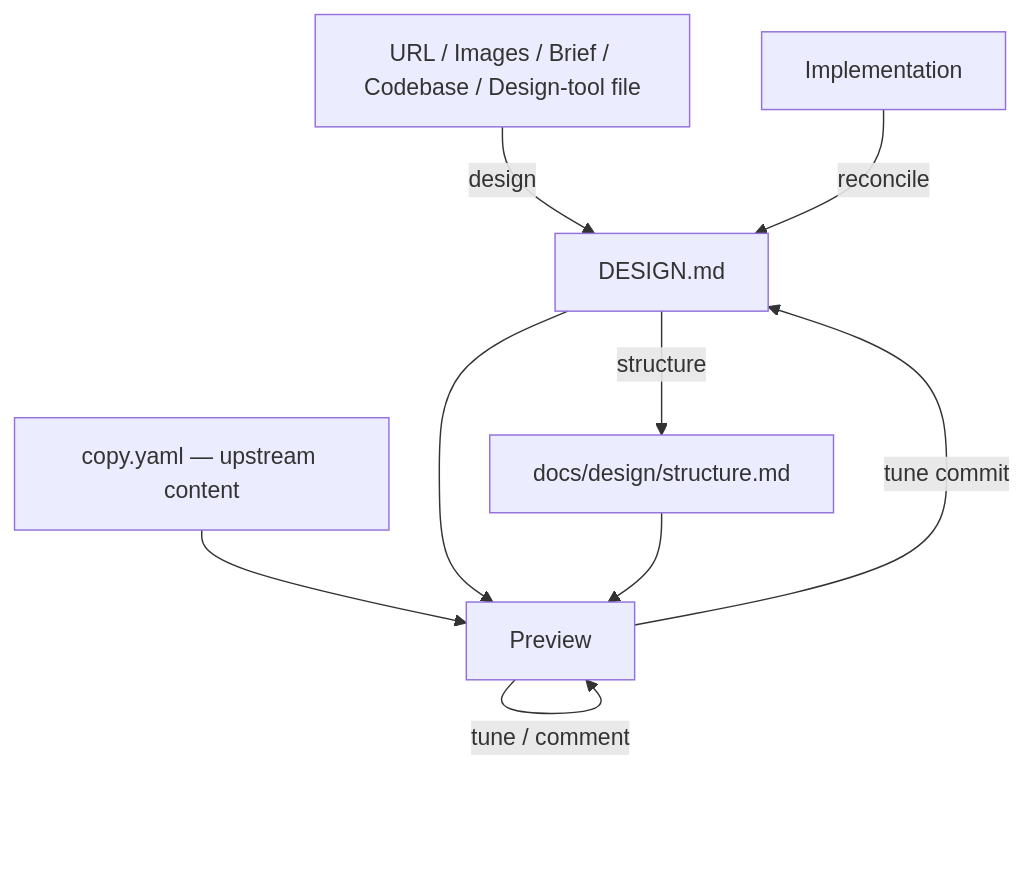
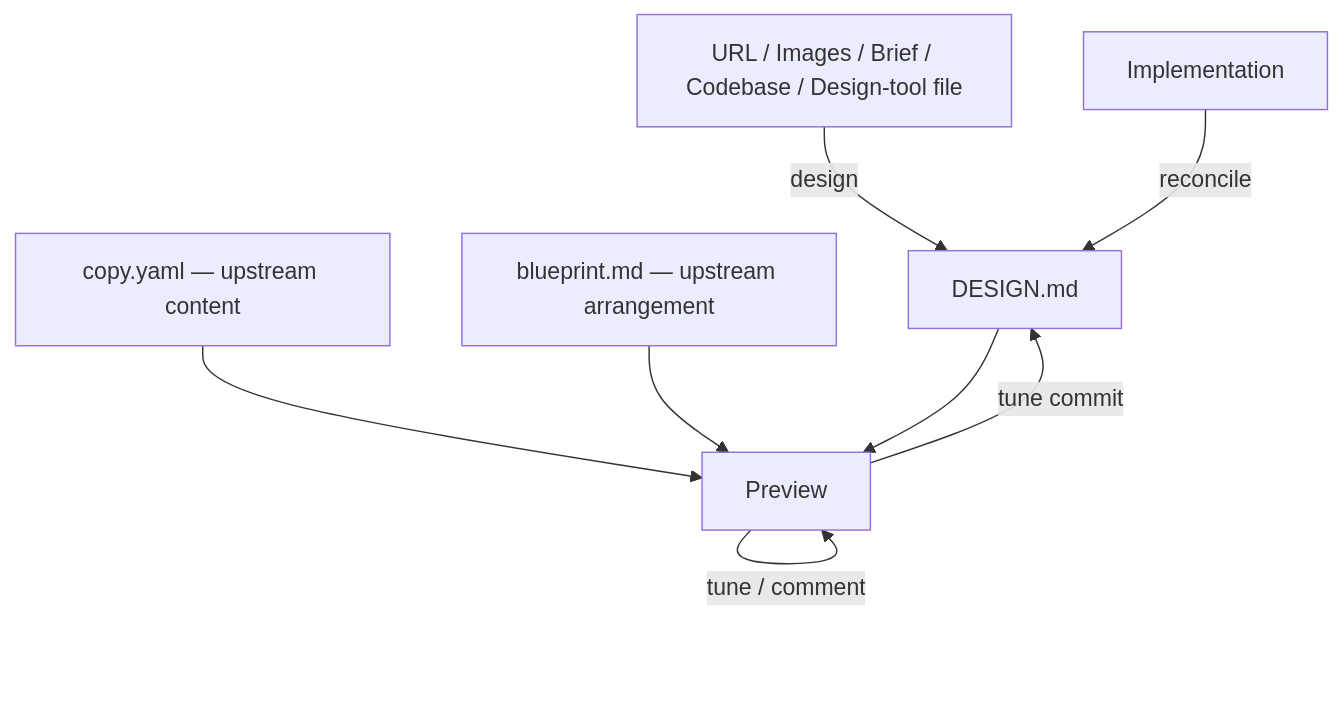
One commit to adeonir/agent-skills changed the diagram in skills/product/design-builder/README.md. Above: the diagram before and after it, drawn with Mermaid. The commit also changed other lines of this file and 4 other files, not shown here.

Commit message:
refactor(design-builder): drop structure, route arrangement via blueprint.md

````diff
--- a/skills/product/design-builder/README.md
+++ b/skills/product/design-builder/README.md
@@ -7,11 +7,10 @@
 ```mermaid
 flowchart TD
     A[URL / Images / Brief / Codebase / Design-tool file] -->|design| B2[DESIGN.md]
-    B2 -->|structure| C[docs/design/structure.md]
     Copy[copy.yaml — upstream content] --> D[Preview]
+    Blueprint[blueprint.md — upstream arrangement] --> D
     B2 --> D
-    C --> D
     D -->|tune / comment| D
     D -->|tune commit| B2
     Impl[Implementation] -->|reconcile| B2
 ```
````
